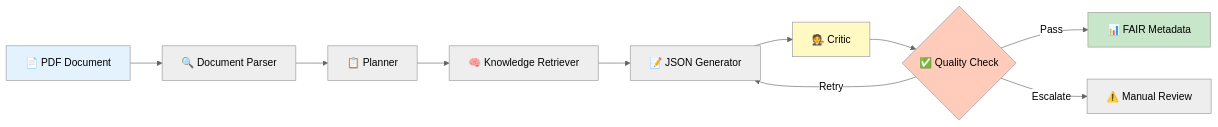
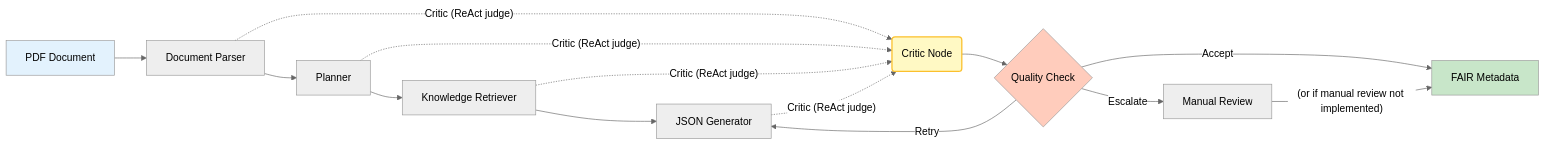
Before and after one commit to ElderMedic/FAIRiAgent: the diagram in README.md, drawn with Mermaid (neutral theme). The commit also changed other lines of this file, not shown here.

Commit message:
fix mermaid flow

````diff
--- a/README.md
+++ b/README.md
@@ -118,17 +118,25 @@
 ```mermaid
-graph LR
-    A[📄 PDF Document] --> B[🔍 Document Parser]
-    B --> C[📋 Planner]
-    C --> D[🧠 Knowledge Retriever]
-    D --> E[📝 JSON Generator]
-    E --> F[🧑‍⚖️ Critic]
-    F --> G{✅ Quality Check}
-    G -->|Pass| H[📊 FAIR Metadata]
-    G -->|Retry| E
-    G -->|Escalate| I[⚠️ Manual Review]
-    
+flowchart LR
+    A[PDF Document] --> B[Document Parser]
+    B --> C[Planner]
+    C --> D[Knowledge Retriever]
+    D --> E[JSON Generator]
+
+    %% Critic acts after each agent step
+    B -. Critic (ReAct judge) .-> F(Critic Node)
+    C -. Critic (ReAct judge) .-> F
+    D -. Critic (ReAct judge) .-> F
+    E -. Critic (ReAct judge) .-> F
+
+    F --> G{Quality Check}
+    G -- Accept --> H[FAIR Metadata]
+    G -- Retry --> E
+    G -- Escalate --> I[Manual Review]
+    I -- (or if manual review not implemented) --> H[FAIR Metadata]
+
+    %% Critic oversees the whole agent workflow
+    style F fill:#fff9c4,stroke:#fbc02d,stroke-width:2px
     style A fill:#e3f2fd
     style H fill:#c8e6c9
-    style F fill:#fff9c4
     style G fill:#ffccbc
 ```
````
